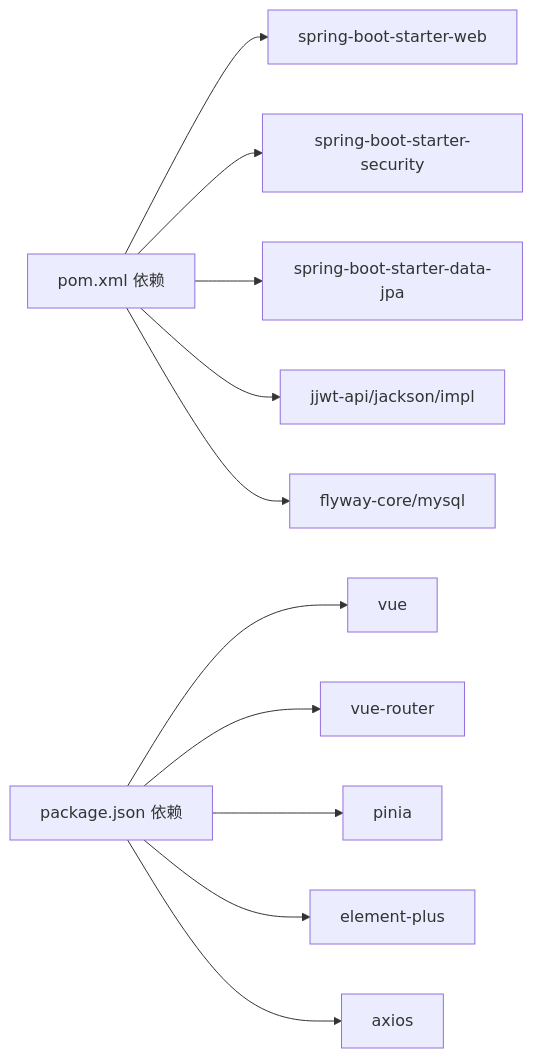
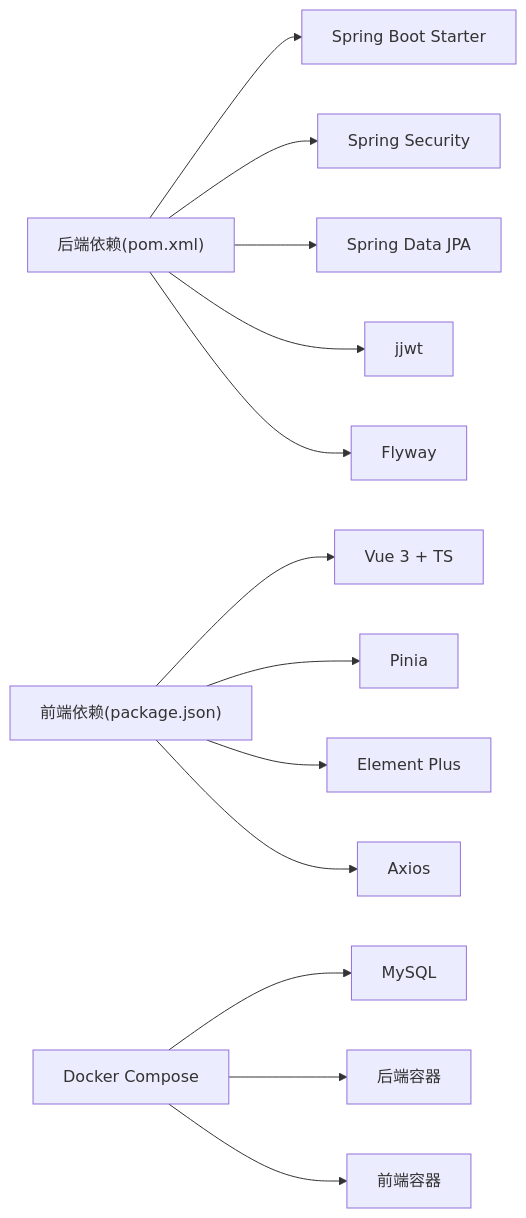
Before and after one commit to koala-xiong/communication-qoder: the seventh of 7 diagrams in .qoder/repowiki/zh/content/项目概述.md, drawn with Mermaid. The commit also changed other lines of this file and 73 other files, not shown here.

````diff
--- a/.qoder/repowiki/zh/content/项目概述.md
+++ b/.qoder/repowiki/zh/content/项目概述.md
@@ -373,15 +293,15 @@
 ```mermaid
 graph LR
-POM["pom.xml 依赖"]
-PKG["package.json 依赖"]
-POM --> SB["spring-boot-starter-web"]
-POM --> SEC["spring-boot-starter-security"]
-POM --> JPA["spring-boot-starter-data-jpa"]
-POM --> JWT["jjwt-api/jackson/impl"]
-POM --> FLY["flyway-core/mysql"]
-PKG --> VUE["vue"]
-PKG --> ROUTER["vue-router"]
-PKG --> PINIA["pinia"]
-PKG --> ELE["element-plus"]
-PKG --> AXIOS["axios"]
+POM["后端依赖(pom.xml)"] --> SB["Spring Boot Starter"]
+POM --> SEC["Spring Security"]
+POM --> JPA["Spring Data JPA"]
+POM --> JWT["jjwt"]
+POM --> FW["Flyway"]
+PKG["前端依赖(package.json)"] --> VUE["Vue 3 + TS"]
+PKG --> PINIA["Pinia"]
+PKG --> EP["Element Plus"]
+PKG --> AXIOS["Axios"]
+DC["Docker Compose"] --> MYSQL["MySQL"]
+DC --> BACK["后端容器"]
+DC --> FRONT["前端容器"]
 ```
````
